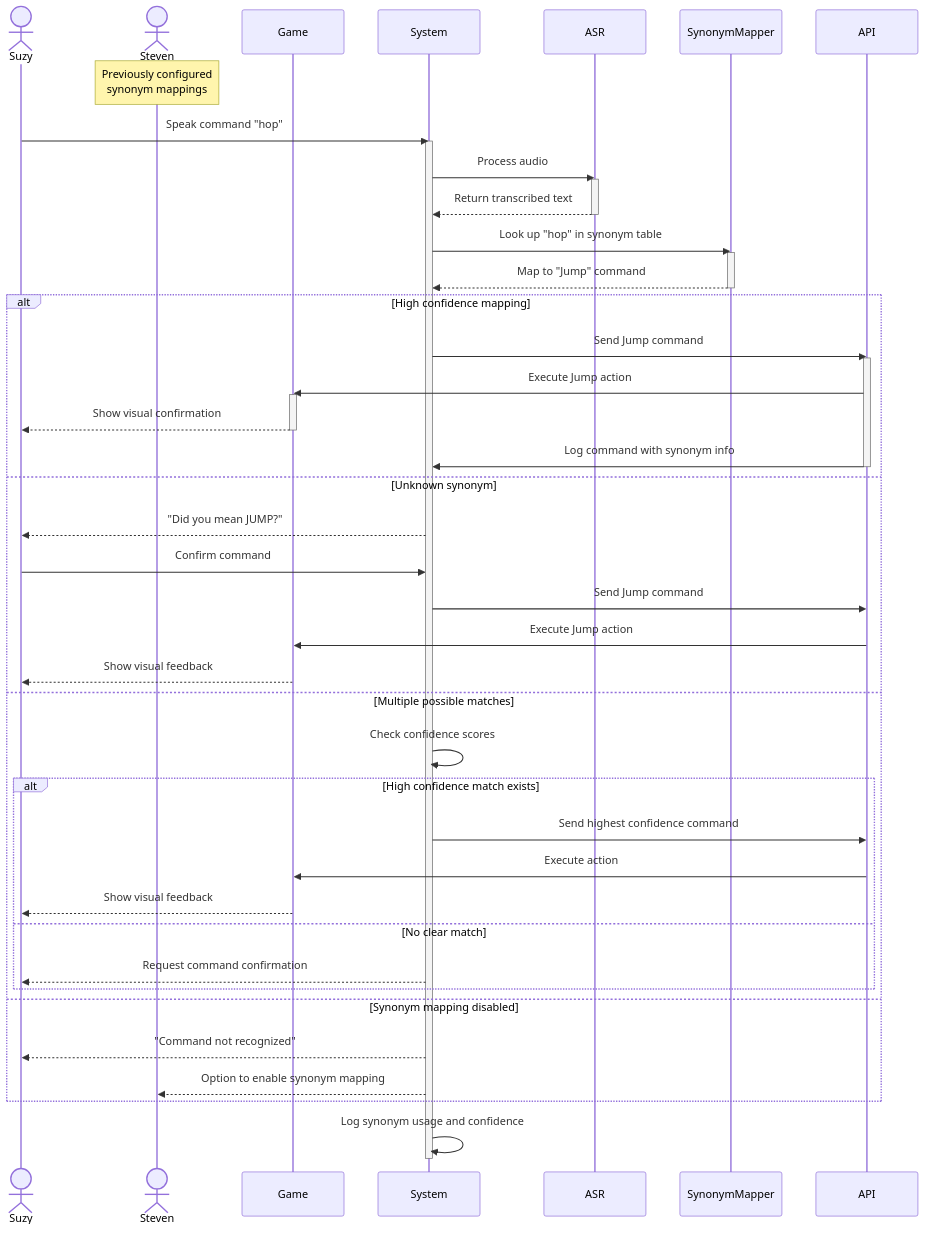
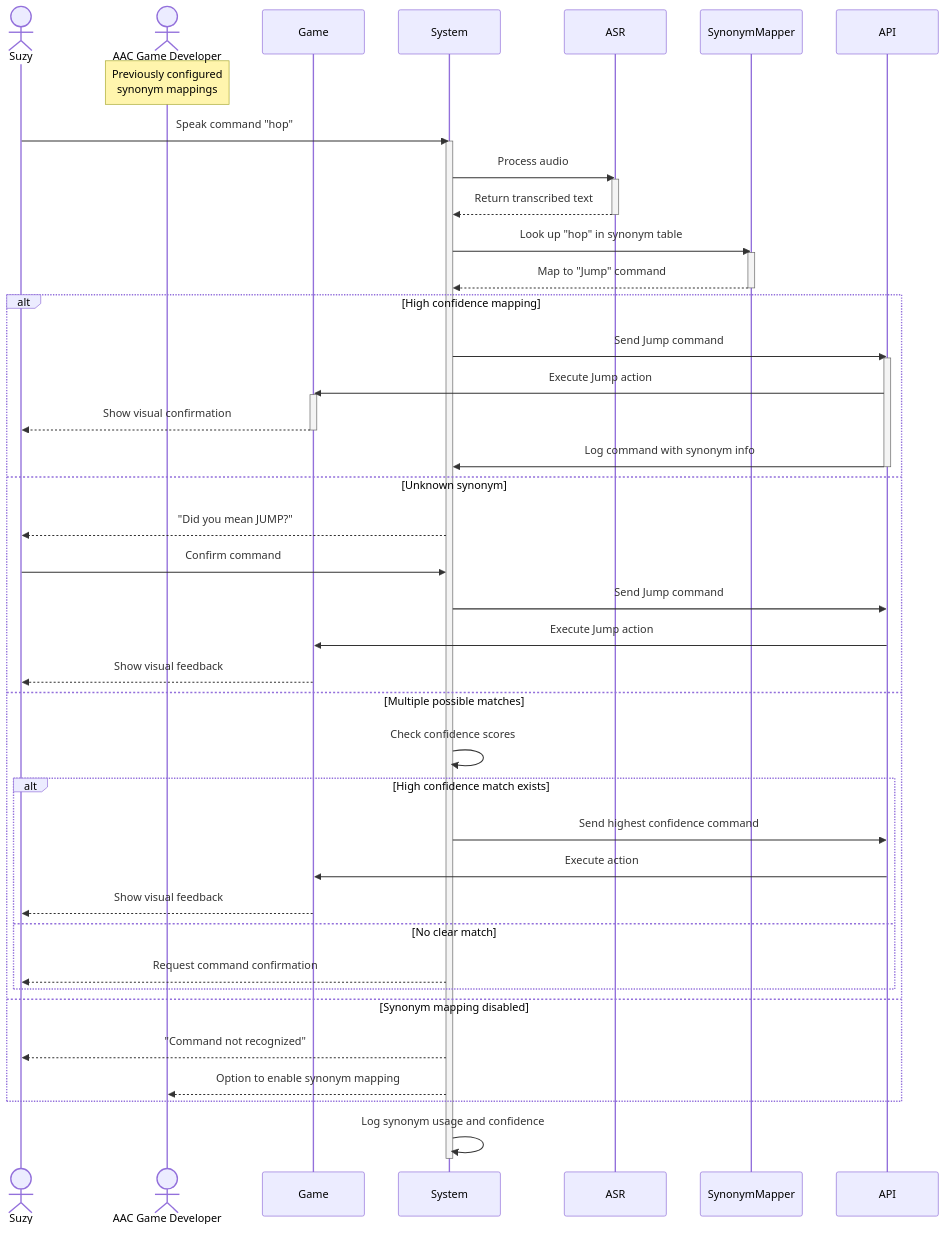
One commit to Capstone-Projects-2025-Fall/project-001-aac-api changed the fifth of 8 diagrams in documentation/docs/system-architecture/sequence-diagrams.md. Above: the diagram before and after it, drawn with Mermaid. The commit also changed other lines of this file, not shown here.

Commit message:
Updating Sequence Diagrams

````diff
--- a/documentation/docs/system-architecture/sequence-diagrams.md
+++ b/documentation/docs/system-architecture/sequence-diagrams.md
@@ -219,57 +219,57 @@
 ```mermaid
 sequenceDiagram
     actor Suzy
-    actor Steven
+    actor AAC Game Developer
     participant Game
     participant System
     participant ASR
     participant SynonymMapper
     participant API
     
-    Note over Steven: Previously configured<br/>synonym mappings
+    Note over AAC Game Developer: Previously configured<br/>synonym mappings
     
     Suzy->>System: Speak command "hop"
     activate System
     System->>ASR: Process audio
     activate ASR
     ASR-->>System: Return transcribed text
     deactivate ASR
     
     System->>SynonymMapper: Look up "hop" in synonym table
     activate SynonymMapper
     SynonymMapper-->>System: Map to "Jump" command
     deactivate SynonymMapper
     
     alt High confidence mapping
         System->>API: Send Jump command
         activate API
         API->>Game: Execute Jump action
         activate Game
         Game-->>Suzy: Show visual confirmation
         deactivate Game
         API->>System: Log command with synonym info
         deactivate API
     else Unknown synonym
         System-->>Suzy: "Did you mean JUMP?"
         Suzy->>System: Confirm command
         System->>API: Send Jump command
         API->>Game: Execute Jump action
         Game-->>Suzy: Show visual feedback
     
     else Multiple possible matches
         System->>System: Check confidence scores
         alt High confidence match exists
             System->>API: Send highest confidence command
             API->>Game: Execute action
             Game-->>Suzy: Show visual feedback
         else No clear match
             System-->>Suzy: Request command confirmation
         end
     else Synonym mapping disabled
         System-->>Suzy: "Command not recognized"
-        System-->>Steven: Option to enable synonym mapping
+        System-->>AAC Game Developer: Option to enable synonym mapping
     end
     
     System->>System: Log synonym usage and confidence
     deactivate System
 ```
````
